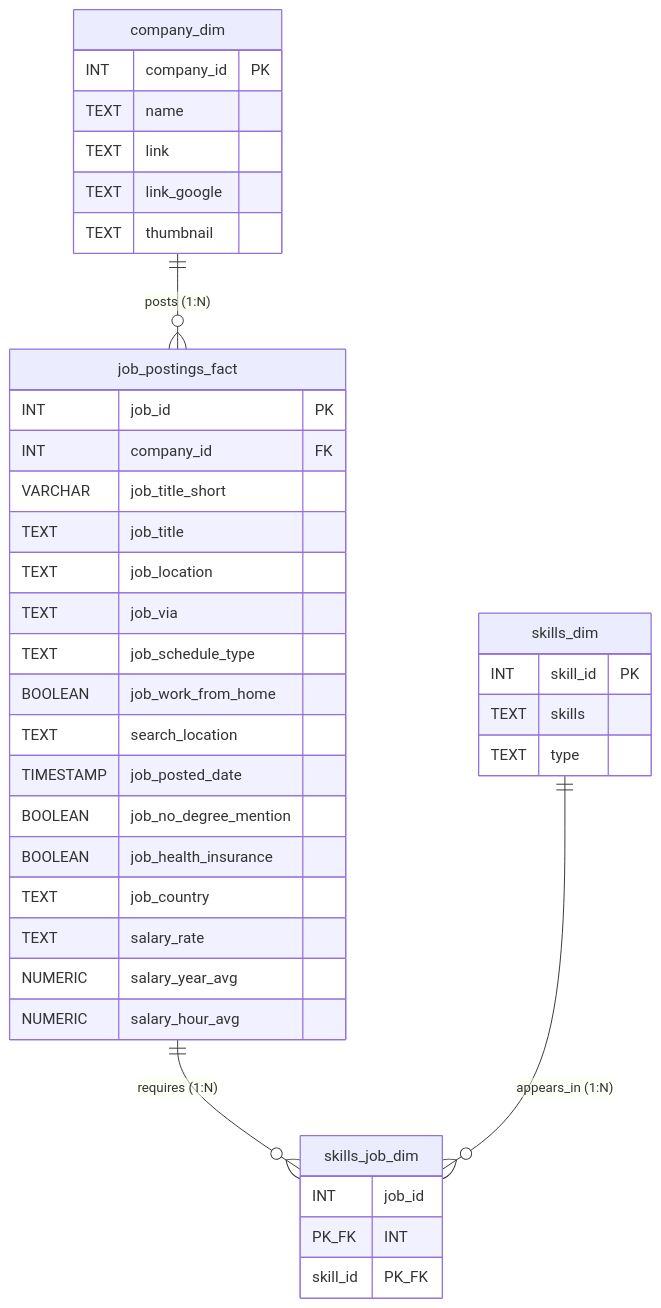
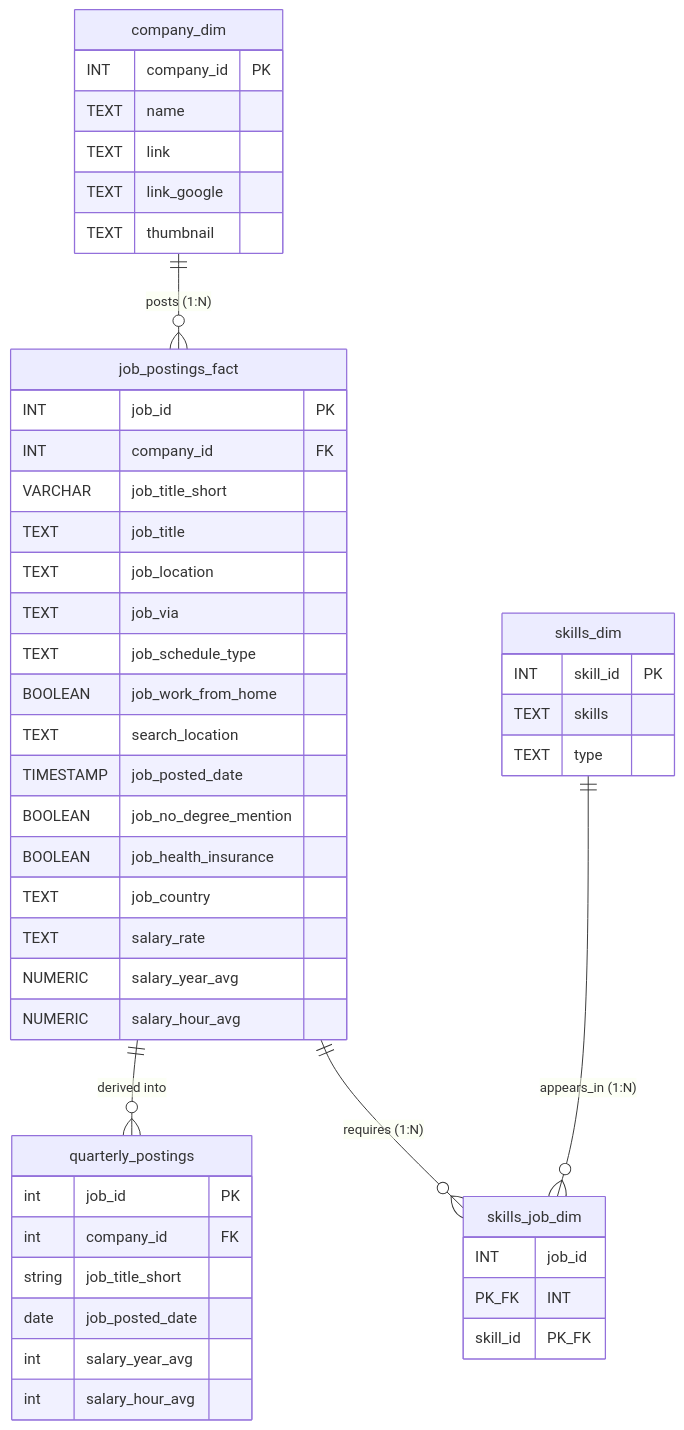
One commit to youssefwageih/Data-Job-Analysis changed the diagram in README.md. Above: the diagram before and after it, drawn with Mermaid.

Commit message:
updated the data model
Added quarterly_postings table with relevant fields.

````diff
--- a/README.md
+++ b/README.md
@@ -42,40 +42,50 @@
 ```mermaid
 erDiagram
     company_dim {
         INT company_id PK
         TEXT name
         TEXT link
         TEXT link_google
         TEXT thumbnail
     }
     job_postings_fact {
         INT job_id PK
         INT company_id FK
         VARCHAR job_title_short
         TEXT job_title
         TEXT job_location
         TEXT job_via
         TEXT job_schedule_type
         BOOLEAN job_work_from_home
         TEXT search_location
         TIMESTAMP job_posted_date
         BOOLEAN job_no_degree_mention
         BOOLEAN job_health_insurance
         TEXT job_country
         TEXT salary_rate
         NUMERIC salary_year_avg
         NUMERIC salary_hour_avg
     }
     skills_dim {
         INT skill_id PK
         TEXT skills
         TEXT type
     }
     skills_job_dim {
         INT job_id PK_FK
         INT skill_id PK_FK
     }
+    quarterly_postings {
+        int job_id PK
+        int company_id FK
+        string job_title_short
+        date job_posted_date
+        int salary_year_avg
+        int salary_hour_avg
+    }
+
+    job_postings_fact ||--o{ quarterly_postings : "derived into"
     company_dim ||--o{ job_postings_fact : "posts (1:N)"
     job_postings_fact ||--o{ skills_job_dim : "requires (1:N)"
     skills_dim ||--o{ skills_job_dim : "appears_in (1:N)"
 ```
````
